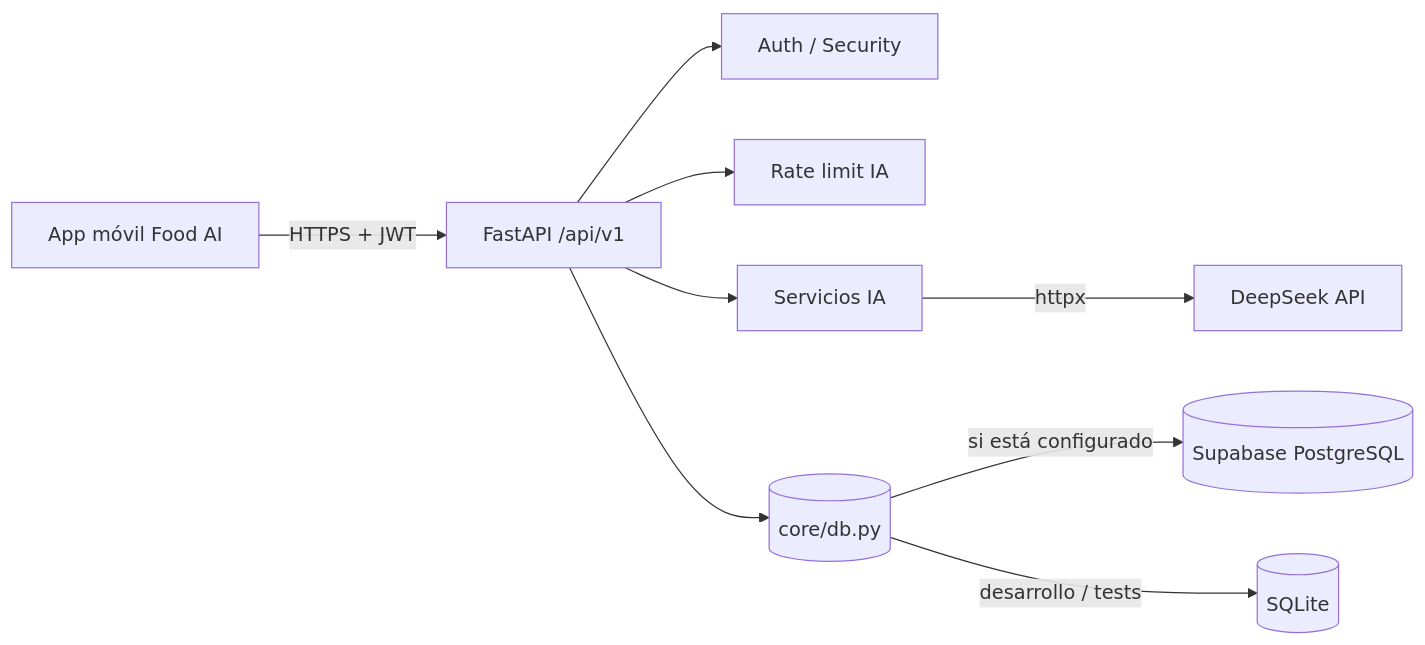
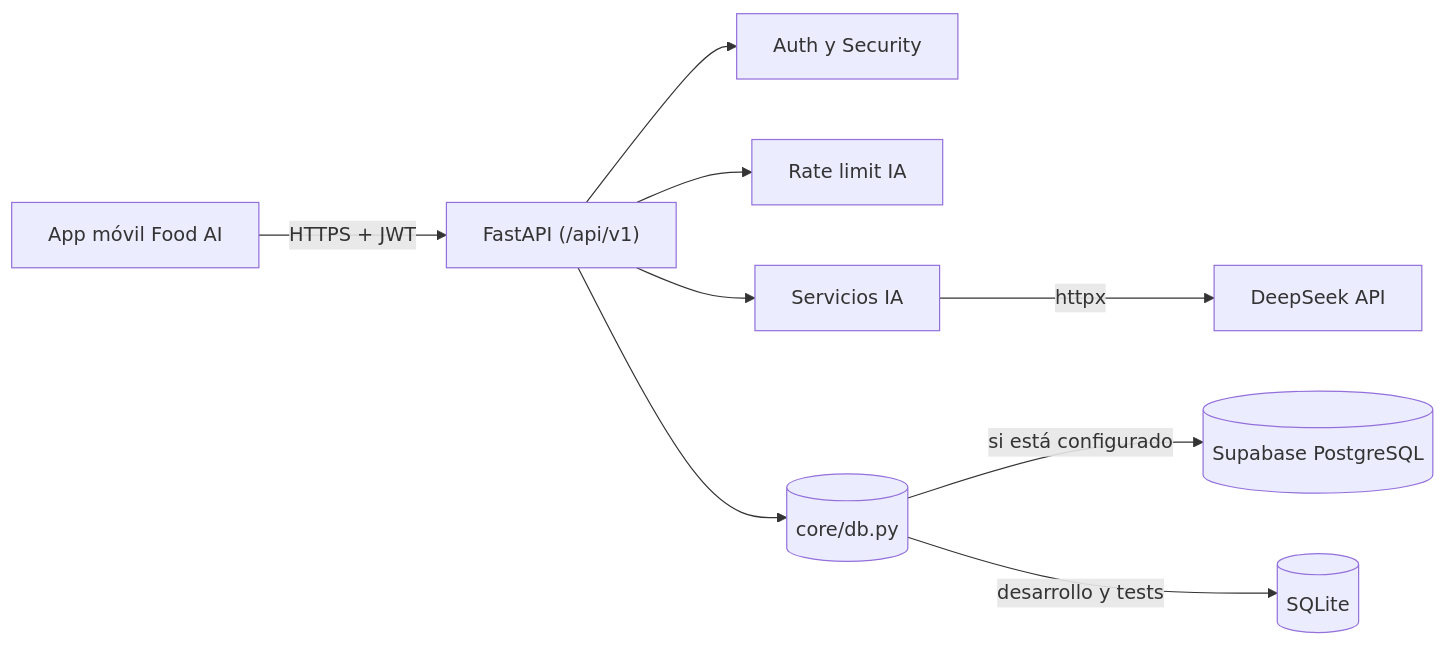
One commit to StehvenObandoUcc/backend-mobile changed the diagram in README.md. Above: the diagram before and after it, drawn with Mermaid.

Commit message:
docs: corregir diagrama Mermaid de arquitectura en el README

````diff
--- a/README.md
+++ b/README.md
@@ -72,11 +72,11 @@
 ```mermaid
 flowchart LR
-    App[App móvil Food AI] -->|HTTPS + JWT| API[FastAPI /api/v1]
-    API --> Auth[Auth / Security]
-    API --> RL[Rate limit IA]
-    API --> AI[Servicios IA]
-    AI -->|httpx| DS[DeepSeek API]
-    API --> DB[(core/db.py)]
-    DB -->|si está configurado| SB[(Supabase PostgreSQL)]
-    DB -->|desarrollo / tests| SQ[(SQLite)]
+    App["App móvil Food AI"] -->|"HTTPS + JWT"| API["FastAPI (/api/v1)"]
+    API --> Auth["Auth y Security"]
+    API --> RL["Rate limit IA"]
+    API --> AI["Servicios IA"]
+    AI -->|"httpx"| DS["DeepSeek API"]
+    API --> DB[("core/db.py")]
+    DB -->|"si está configurado"| SB[("Supabase PostgreSQL")]
+    DB -->|"desarrollo y tests"| SQ[("SQLite")]
 ```
````
